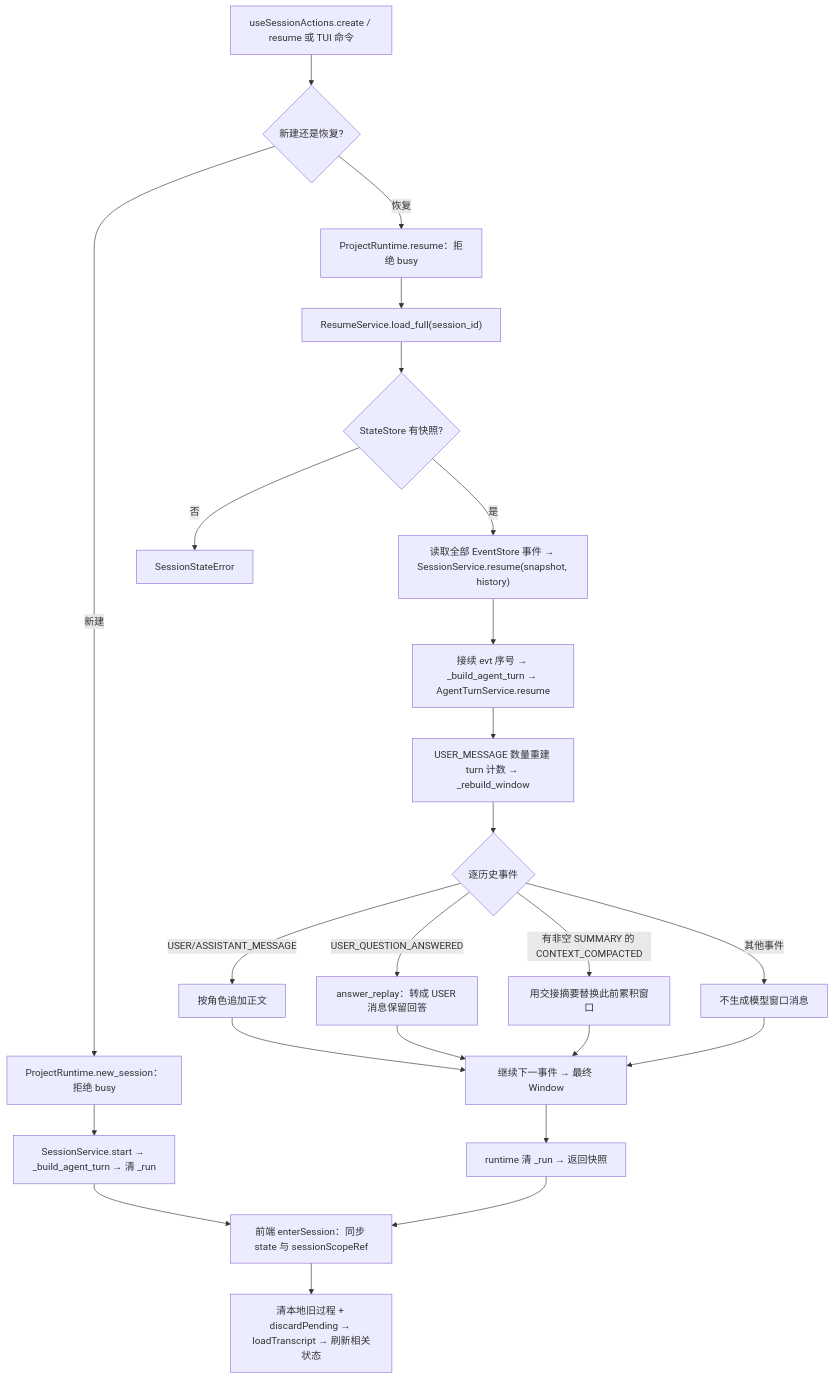
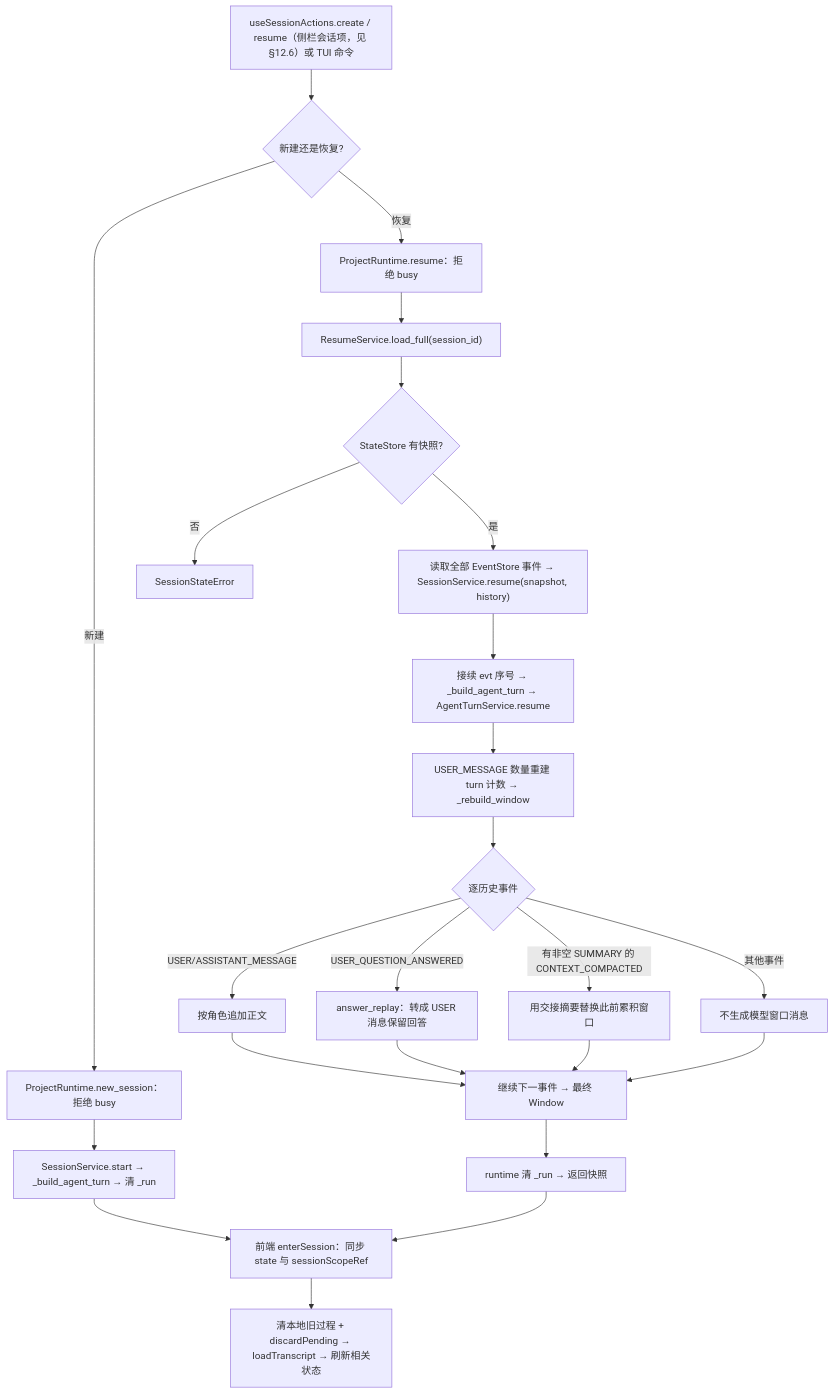
Diagram 49 of 54 in docs/06-代码阅读线路.md (qubaolai/ForgeCLI), drawn with Mermaid before and after one commit. The commit also changed other lines of this file, not shown here.

````diff
--- a/docs/06-代码阅读线路.md
+++ b/docs/06-代码阅读线路.md
@@ -1844,26 +1844,26 @@
 ```mermaid
 flowchart TD
-    A["useSessionActions.create / resume 或 TUI 命令"] --> B{"新建还是恢复?"}
+    A["useSessionActions.create / resume（侧栏会话项，见 §12.6）或 TUI 命令"] --> B{"新建还是恢复?"}
     B -->|新建| C["ProjectRuntime.new_session：拒绝 busy"]
     C --> D["SessionService.start → _build_agent_turn → 清 _run"]
     B -->|恢复| E["ProjectRuntime.resume：拒绝 busy"]
     E --> F["ResumeService.load_full(session_id)"]
     F --> G{"StateStore 有快照?"}
     G -->|否| H["SessionStateError"]
     G -->|是| I["读取全部 EventStore 事件 → SessionService.resume(snapshot, history)"]
     I --> J["接续 evt 序号 → _build_agent_turn → AgentTurnService.resume"]
     J --> K["USER_MESSAGE 数量重建 turn 计数 → _rebuild_window"]
     K --> L{"逐历史事件"}
     L -->|USER/ASSISTANT_MESSAGE| M["按角色追加正文"]
     L -->|USER_QUESTION_ANSWERED| N["answer_replay：转成 USER 消息保留回答"]
     L -->|有非空 SUMMARY 的 CONTEXT_COMPACTED| O["用交接摘要替换此前累积窗口"]
     L -->|其他事件| P["不生成模型窗口消息"]
     M --> Q["继续下一事件 → 最终 Window"]
     N --> Q
     O --> Q
     P --> Q
     Q --> R["runtime 清 _run → 返回快照"]
     D --> S["前端 enterSession：同步 state 与 sessionScopeRef"]
     R --> S
     S --> T["清本地旧过程 + discardPending → loadTranscript → 刷新相关状态"]
 ```
````
